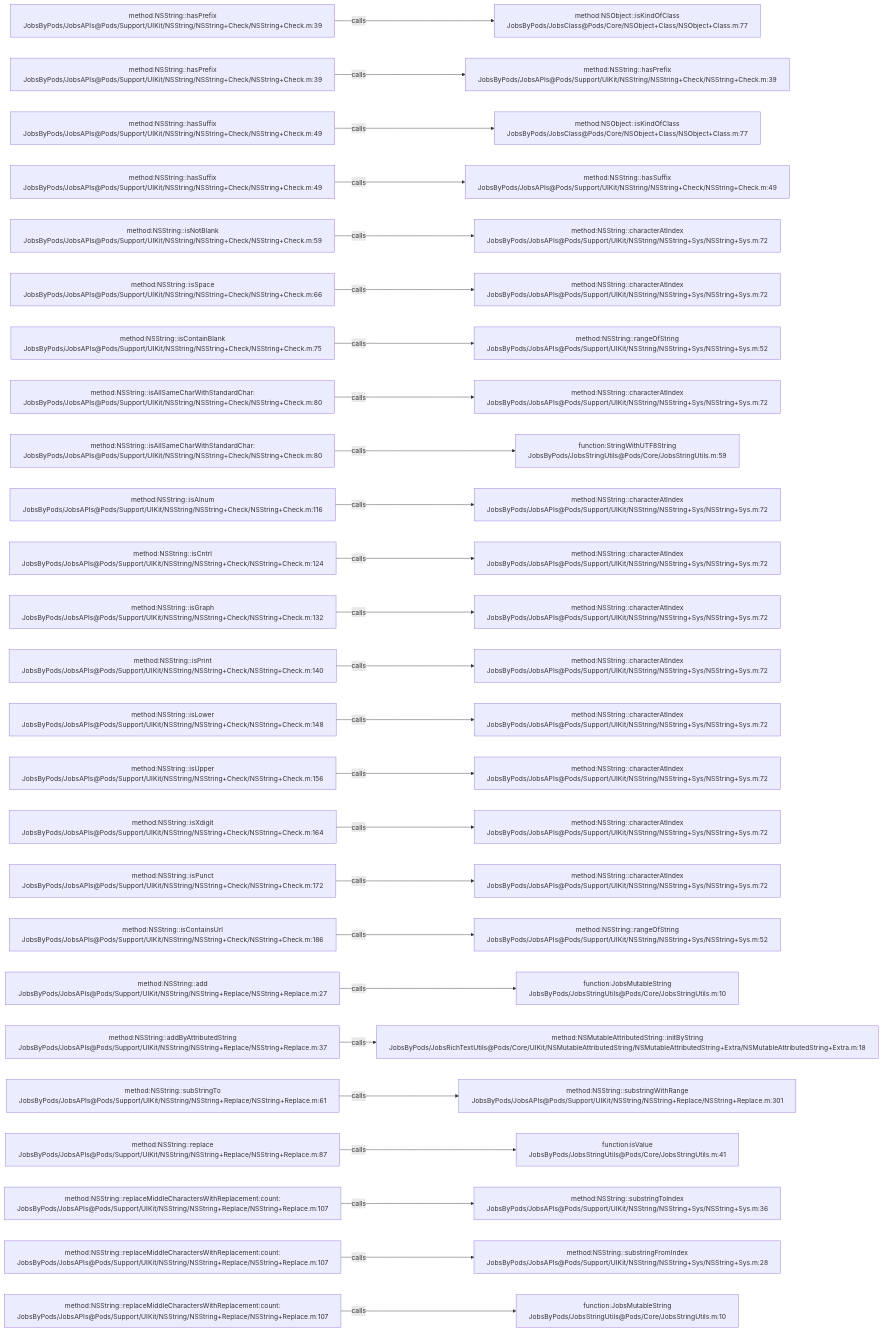
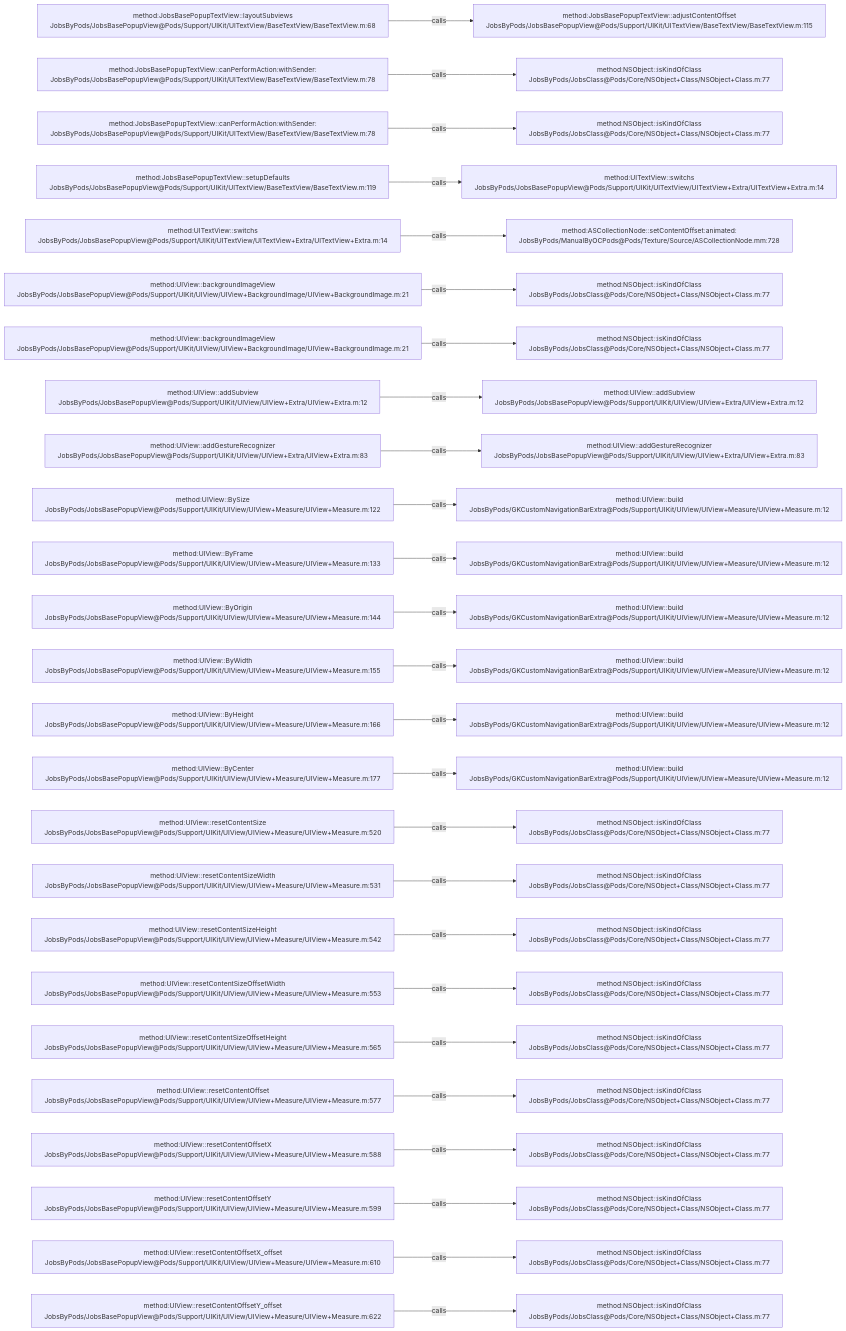
Before and after one commit to JobsKits/JobsOCBaseConfigDemo: the diagram in .codegraph/codegraph.md/graphs/calls-013.md, drawn with Mermaid. The commit also changed 573 other files, not shown here.

````diff
--- a/.codegraph/codegraph.md/graphs/calls-013.md
+++ b/.codegraph/codegraph.md/graphs/calls-013.md
@@ -13,78 +13,78 @@
 ```mermaid
 flowchart LR
-  S1["method:NSString::hasPrefix<br/>JobsByPods/JobsAPIs@Pods/Support/UIKit/NSString/NSString+Check/NSString+Check.m:39"]
-  T1["method:NSObject::isKindOfClass<br/>JobsByPods/JobsClass@Pods/Core/NSObject+Class/NSObject+Class.m:77"]
+  S1["method:JobsBasePopupTextView::layoutSubviews<br/>JobsByPods/JobsBasePopupView@Pods/Support/UIKit/UITextView/BaseTextView/BaseTextView.m:68"]
+  T1["method:JobsBasePopupTextView::adjustContentOffset<br/>JobsByPods/JobsBasePopupView@Pods/Support/UIKit/UITextView/BaseTextView/BaseTextView.m:115"]
   S1 -->|calls| T1
-  S2["method:NSString::hasPrefix<br/>JobsByPods/JobsAPIs@Pods/Support/UIKit/NSString/NSString+Check/NSString+Check.m:39"]
-  T2["method:NSString::hasPrefix<br/>JobsByPods/JobsAPIs@Pods/Support/UIKit/NSString/NSString+Check/NSString+Check.m:39"]
+  S2["method:JobsBasePopupTextView::canPerformAction:withSender:<br/>JobsByPods/JobsBasePopupView@Pods/Support/UIKit/UITextView/BaseTextView/BaseTextView.m:78"]
+  T2["method:NSObject::isKindOfClass<br/>JobsByPods/JobsClass@Pods/Core/NSObject+Class/NSObject+Class.m:77"]
   S2 -->|calls| T2
-  S3["method:NSString::hasSuffix<br/>JobsByPods/JobsAPIs@Pods/Support/UIKit/NSString/NSString+Check/NSString+Check.m:49"]
+  S3["method:JobsBasePopupTextView::canPerformAction:withSender:<br/>JobsByPods/JobsBasePopupView@Pods/Support/UIKit/UITextView/BaseTextView/BaseTextView.m:78"]
   T3["method:NSObject::isKindOfClass<br/>JobsByPods/JobsClass@Pods/Core/NSObject+Class/NSObject+Class.m:77"]
   S3 -->|calls| T3
-  S4["method:NSString::hasSuffix<br/>JobsByPods/JobsAPIs@Pods/Support/UIKit/NSString/NSString+Check/NSString+Check.m:49"]
-  T4["method:NSString::hasSuffix<br/>JobsByPods/JobsAPIs@Pods/Support/UIKit/NSString/NSString+Check/NSString+Check.m:49"]
+  S4["method:JobsBasePopupTextView::setupDefaults<br/>JobsByPods/JobsBasePopupView@Pods/Support/UIKit/UITextView/BaseTextView/BaseTextView.m:119"]
+  T4["method:UITextView::switchs<br/>JobsByPods/JobsBasePopupView@Pods/Support/UIKit/UITextView/UITextView+Extra/UITextView+Extra.m:14"]
   S4 -->|calls| T4
-  S5["method:NSString::isNotBlank<br/>JobsByPods/JobsAPIs@Pods/Support/UIKit/NSString/NSString+Check/NSString+Check.m:59"]
-  T5["method:NSString::characterAtIndex<br/>JobsByPods/JobsAPIs@Pods/Support/UIKit/NSString/NSString+Sys/NSString+Sys.m:72"]
+  S5["method:UITextView::switchs<br/>JobsByPods/JobsBasePopupView@Pods/Support/UIKit/UITextView/UITextView+Extra/UITextView+Extra.m:14"]
+  T5["method:ASCollectionNode::setContentOffset:animated:<br/>JobsByPods/ManualByOCPods@Pods/Texture/Source/ASCollectionNode.mm:728"]
   S5 -->|calls| T5
-  S6["method:NSString::isSpace<br/>JobsByPods/JobsAPIs@Pods/Support/UIKit/NSString/NSString+Check/NSString+Check.m:66"]
-  T6["method:NSString::characterAtIndex<br/>JobsByPods/JobsAPIs@Pods/Support/UIKit/NSString/NSString+Sys/NSString+Sys.m:72"]
+  S6["method:UIView::backgroundImageView<br/>JobsByPods/JobsBasePopupView@Pods/Support/UIKit/UIView/UIView+BackgroundImage/UIView+BackgroundImage.m:21"]
+  T6["method:NSObject::isKindOfClass<br/>JobsByPods/JobsClass@Pods/Core/NSObject+Class/NSObject+Class.m:77"]
   S6 -->|calls| T6
-  S7["method:NSString::isContainBlank<br/>JobsByPods/JobsAPIs@Pods/Support/UIKit/NSString/NSString+Check/NSString+Check.m:75"]
-  T7["method:NSString::rangeOfString<br/>JobsByPods/JobsAPIs@Pods/Support/UIKit/NSString/NSString+Sys/NSString+Sys.m:52"]
+  S7["method:UIView::backgroundImageView<br/>JobsByPods/JobsBasePopupView@Pods/Support/UIKit/UIView/UIView+BackgroundImage/UIView+BackgroundImage.m:21"]
+  T7["method:NSObject::isKindOfClass<br/>JobsByPods/JobsClass@Pods/Core/NSObject+Class/NSObject+Class.m:77"]
   S7 -->|calls| T7
-  S8["method:NSString::isAllSameCharWithStandardChar:<br/>JobsByPods/JobsAPIs@Pods/Support/UIKit/NSString/NSString+Check/NSString+Check.m:80"]
-  T8["method:NSString::characterAtIndex<br/>JobsByPods/JobsAPIs@Pods/Support/UIKit/NSString/NSString+Sys/NSString+Sys.m:72"]
+  S8["method:UIView::addSubview<br/>JobsByPods/JobsBasePopupView@Pods/Support/UIKit/UIView/UIView+Extra/UIView+Extra.m:12"]
+  T8["method:UIView::addSubview<br/>JobsByPods/JobsBasePopupView@Pods/Support/UIKit/UIView/UIView+Extra/UIView+Extra.m:12"]
   S8 -->|calls| T8
-  S9["method:NSString::isAllSameCharWithStandardChar:<br/>JobsByPods/JobsAPIs@Pods/Support/UIKit/NSString/NSString+Check/NSString+Check.m:80"]
-  T9["function:StringWithUTF8String<br/>JobsByPods/JobsStringUtils@Pods/Core/JobsStringUtils.m:59"]
+  S9["method:UIView::addGestureRecognizer<br/>JobsByPods/JobsBasePopupView@Pods/Support/UIKit/UIView/UIView+Extra/UIView+Extra.m:83"]
+  T9["method:UIView::addGestureRecognizer<br/>JobsByPods/JobsBasePopupView@Pods/Support/UIKit/UIView/UIView+Extra/UIView+Extra.m:83"]
   S9 -->|calls| T9
-  S10["method:NSString::isAlnum<br/>JobsByPods/JobsAPIs@Pods/Support/UIKit/NSString/NSString+Check/NSString+Check.m:116"]
-  T10["method:NSString::characterAtIndex<br/>JobsByPods/JobsAPIs@Pods/Support/UIKit/NSString/NSString+Sys/NSString+Sys.m:72"]
+  S10["method:UIView::BySize<br/>JobsByPods/JobsBasePopupView@Pods/Support/UIKit/UIView/UIView+Measure/UIView+Measure.m:122"]
+  T10["method:UIView::build<br/>JobsByPods/GKCustomNavigationBarExtra@Pods/Support/UIKit/UIView/UIView+Measure/UIView+Measure.m:12"]
   S10 -->|calls| T10
-  S11["method:NSString::isCntrl<br/>JobsByPods/JobsAPIs@Pods/Support/UIKit/NSString/NSString+Check/NSString+Check.m:124"]
-  T11["method:NSString::characterAtIndex<br/>JobsByPods/JobsAPIs@Pods/Support/UIKit/NSString/NSString+Sys/NSString+Sys.m:72"]
+  S11["method:UIView::ByFrame<br/>JobsByPods/JobsBasePopupView@Pods/Support/UIKit/UIView/UIView+Measure/UIView+Measure.m:133"]
+  T11["method:UIView::build<br/>JobsByPods/GKCustomNavigationBarExtra@Pods/Support/UIKit/UIView/UIView+Measure/UIView+Measure.m:12"]
   S11 -->|calls| T11
-  S12["method:NSString::isGraph<br/>JobsByPods/JobsAPIs@Pods/Support/UIKit/NSString/NSString+Check/NSString+Check.m:132"]
-  T12["method:NSString::characterAtIndex<br/>JobsByPods/JobsAPIs@Pods/Support/UIKit/NSString/NSString+Sys/NSString+Sys.m:72"]
+  S12["method:UIView::ByOrigin<br/>JobsByPods/JobsBasePopupView@Pods/Support/UIKit/UIView/UIView+Measure/UIView+Measure.m:144"]
+  T12["method:UIView::build<br/>JobsByPods/GKCustomNavigationBarExtra@Pods/Support/UIKit/UIView/UIView+Measure/UIView+Measure.m:12"]
   S12 -->|calls| T12
-  S13["method:NSString::isPrint<br/>JobsByPods/JobsAPIs@Pods/Support/UIKit/NSString/NSString+Check/NSString+Check.m:140"]
-  T13["method:NSString::characterAtIndex<br/>JobsByPods/JobsAPIs@Pods/Support/UIKit/NSString/NSString+Sys/NSString+Sys.m:72"]
+  S13["method:UIView::ByWidth<br/>JobsByPods/JobsBasePopupView@Pods/Support/UIKit/UIView/UIView+Measure/UIView+Measure.m:155"]
+  T13["method:UIView::build<br/>JobsByPods/GKCustomNavigationBarExtra@Pods/Support/UIKit/UIView/UIView+Measure/UIView+Measure.m:12"]
   S13 -->|calls| T13
-  S14["method:NSString::isLower<br/>JobsByPods/JobsAPIs@Pods/Support/UIKit/NSString/NSString+Check/NSString+Check.m:148"]
-  T14["method:NSString::characterAtIndex<br/>JobsByPods/JobsAPIs@Pods/Support/UIKit/NSString/NSString+Sys/NSString+Sys.m:72"]
+  S14["method:UIView::ByHeight<br/>JobsByPods/JobsBasePopupView@Pods/Support/UIKit/UIView/UIView+Measure/UIView+Measure.m:166"]
+  T14["method:UIView::build<br/>JobsByPods/GKCustomNavigationBarExtra@Pods/Support/UIKit/UIView/UIView+Measure/UIView+Measure.m:12"]
   S14 -->|calls| T14
-  S15["method:NSString::isUpper<br/>JobsByPods/JobsAPIs@Pods/Support/UIKit/NSString/NSString+Check/NSString+Check.m:156"]
-  T15["method:NSString::characterAtIndex<br/>JobsByPods/JobsAPIs@Pods/Support/UIKit/NSString/NSString+Sys/NSString+Sys.m:72"]
+  S15["method:UIView::ByCenter<br/>JobsByPods/JobsBasePopupView@Pods/Support/UIKit/UIView/UIView+Measure/UIView+Measure.m:177"]
+  T15["method:UIView::build<br/>JobsByPods/GKCustomNavigationBarExtra@Pods/Support/UIKit/UIView/UIView+Measure/UIView+Measure.m:12"]
   S15 -->|calls| T15
-  S16["method:NSString::isXdigit<br/>JobsByPods/JobsAPIs@Pods/Support/UIKit/NSString/NSString+Check/NSString+Check.m:164"]
-  T16["method:NSString::characterAtIndex<br/>JobsByPods/JobsAPIs@Pods/Support/UIKit/NSString/NSString+Sys/NSString+Sys.m:72"]
+  S16["method:UIView::resetContentSize<br/>JobsByPods/JobsBasePopupView@Pods/Support/UIKit/UIView/UIView+Measure/UIView+Measure.m:520"]
+  T16["method:NSObject::isKindOfClass<br/>JobsByPods/JobsClass@Pods/Core/NSObject+Class/NSObject+Class.m:77"]
   S16 -->|calls| T16
-  S17["method:NSString::isPunct<br/>JobsByPods/JobsAPIs@Pods/Support/UIKit/NSString/NSString+Check/NSString+Check.m:172"]
-  T17["method:NSString::characterAtIndex<br/>JobsByPods/JobsAPIs@Pods/Support/UIKit/NSString/NSString+Sys/NSString+Sys.m:72"]
+  S17["method:UIView::resetContentSizeWidth<br/>JobsByPods/JobsBasePopupView@Pods/Support/UIKit/UIView/UIView+Measure/UIView+Measure.m:531"]
+  T17["method:NSObject::isKindOfClass<br/>JobsByPods/JobsClass@Pods/Core/NSObject+Class/NSObject+Class.m:77"]
   S17 -->|calls| T17
-  S18["method:NSString::isContainsUrl<br/>JobsByPods/JobsAPIs@Pods/Support/UIKit/NSString/NSString+Check/NSString+Check.m:186"]
-  T18["method:NSString::rangeOfString<br/>JobsByPods/JobsAPIs@Pods/Support/UIKit/NSString/NSString+Sys/NSString+Sys.m:52"]
+  S18["method:UIView::resetContentSizeHeight<br/>JobsByPods/JobsBasePopupView@Pods/Support/UIKit/UIView/UIView+Measure/UIView+Measure.m:542"]
+  T18["method:NSObject::isKindOfClass<br/>JobsByPods/JobsClass@Pods/Core/NSObject+Class/NSObject+Class.m:77"]
   S18 -->|calls| T18
-  S19["method:NSString::add<br/>JobsByPods/JobsAPIs@Pods/Support/UIKit/NSString/NSString+Replace/NSString+Replace.m:27"]
-  T19["function:JobsMutableString<br/>JobsByPods/JobsStringUtils@Pods/Core/JobsStringUtils.m:10"]
+  S19["method:UIView::resetContentSizeOffsetWidth<br/>JobsByPods/JobsBasePopupView@Pods/Support/UIKit/UIView/UIView+Measure/UIView+Measure.m:553"]
+  T19["method:NSObject::isKindOfClass<br/>JobsByPods/JobsClass@Pods/Core/NSObject+Class/NSObject+Class.m:77"]
   S19 -->|calls| T19
-  S20["method:NSString::addByAttributedString<br/>JobsByPods/JobsAPIs@Pods/Support/UIKit/NSString/NSString+Replace/NSString+Replace.m:37"]
-  T20["method:NSMutableAttributedString::initByString<br/>JobsByPods/JobsRichTextUtils@Pods/Core/UIKit/NSMutableAttributedString/NSMutableAttributedString+Extra/NSMutableAttributedString+Extra.m:18"]
+  S20["method:UIView::resetContentSizeOffsetHeight<br/>JobsByPods/JobsBasePopupView@Pods/Support/UIKit/UIView/UIView+Measure/UIView+Measure.m:565"]
+  T20["method:NSObject::isKindOfClass<br/>JobsByPods/JobsClass@Pods/Core/NSObject+Class/NSObject+Class.m:77"]
   S20 -->|calls| T20
-  S21["method:NSString::subStringTo<br/>JobsByPods/JobsAPIs@Pods/Support/UIKit/NSString/NSString+Replace/NSString+Replace.m:61"]
-  T21["method:NSString::substringWithRange<br/>JobsByPods/JobsAPIs@Pods/Support/UIKit/NSString/NSString+Replace/NSString+Replace.m:301"]
+  S21["method:UIView::resetContentOffset<br/>JobsByPods/JobsBasePopupView@Pods/Support/UIKit/UIView/UIView+Measure/UIView+Measure.m:577"]
+  T21["method:NSObject::isKindOfClass<br/>JobsByPods/JobsClass@Pods/Core/NSObject+Class/NSObject+Class.m:77"]
   S21 -->|calls| T21
-  S22["method:NSString::replace<br/>JobsByPods/JobsAPIs@Pods/Support/UIKit/NSString/NSString+Replace/NSString+Replace.m:87"]
-  T22["function:isValue<br/>JobsByPods/JobsStringUtils@Pods/Core/JobsStringUtils.m:41"]
+  S22["method:UIView::resetContentOffsetX<br/>JobsByPods/JobsBasePopupView@Pods/Support/UIKit/UIView/UIView+Measure/UIView+Measure.m:588"]
+  T22["method:NSObject::isKindOfClass<br/>JobsByPods/JobsClass@Pods/Core/NSObject+Class/NSObject+Class.m:77"]
   S22 -->|calls| T22
-  S23["method:NSString::replaceMiddleCharactersWithReplacement:count:<br/>JobsByPods/JobsAPIs@Pods/Support/UIKit/NSString/NSString+Replace/NSString+Replace.m:107"]
-  T23["method:NSString::substringToIndex<br/>JobsByPods/JobsAPIs@Pods/Support/UIKit/NSString/NSString+Sys/NSString+Sys.m:36"]
+  S23["method:UIView::resetContentOffsetY<br/>JobsByPods/JobsBasePopupView@Pods/Support/UIKit/UIView/UIView+Measure/UIView+Measure.m:599"]
+  T23["method:NSObject::isKindOfClass<br/>JobsByPods/JobsClass@Pods/Core/NSObject+Class/NSObject+Class.m:77"]
   S23 -->|calls| T23
-  S24["method:NSString::replaceMiddleCharactersWithReplacement:count:<br/>JobsByPods/JobsAPIs@Pods/Support/UIKit/NSString/NSString+Replace/NSString+Replace.m:107"]
-  T24["method:NSString::substringFromIndex<br/>JobsByPods/JobsAPIs@Pods/Support/UIKit/NSString/NSString+Sys/NSString+Sys.m:28"]
+  S24["method:UIView::resetContentOffsetX_offset<br/>JobsByPods/JobsBasePopupView@Pods/Support/UIKit/UIView/UIView+Measure/UIView+Measure.m:610"]
+  T24["method:NSObject::isKindOfClass<br/>JobsByPods/JobsClass@Pods/Core/NSObject+Class/NSObject+Class.m:77"]
   S24 -->|calls| T24
-  S25["method:NSString::replaceMiddleCharactersWithReplacement:count:<br/>JobsByPods/JobsAPIs@Pods/Support/UIKit/NSString/NSString+Replace/NSString+Replace.m:107"]
-  T25["function:JobsMutableString<br/>JobsByPods/JobsStringUtils@Pods/Core/JobsStringUtils.m:10"]
+  S25["method:UIView::resetContentOffsetY_offset<br/>JobsByPods/JobsBasePopupView@Pods/Support/UIKit/UIView/UIView+Measure/UIView+Measure.m:622"]
+  T25["method:NSObject::isKindOfClass<br/>JobsByPods/JobsClass@Pods/Core/NSObject+Class/NSObject+Class.m:77"]
   S25 -->|calls| T25
 ```
````
